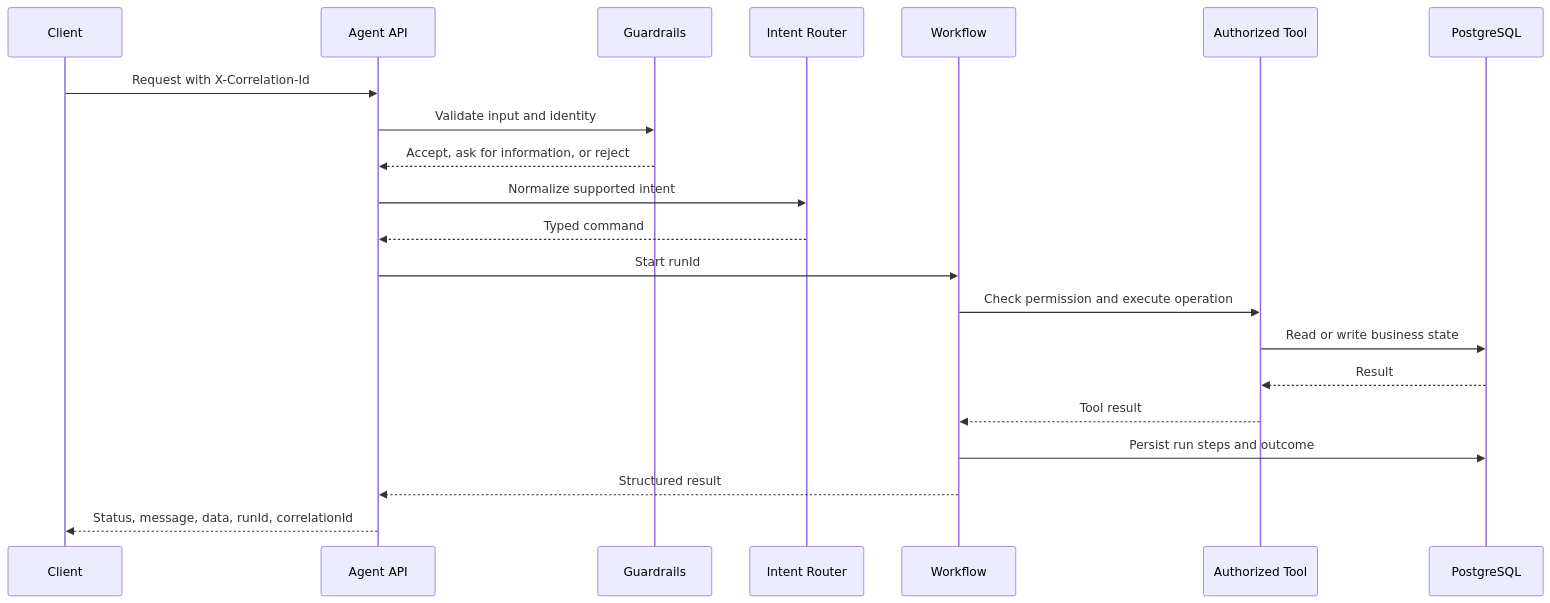
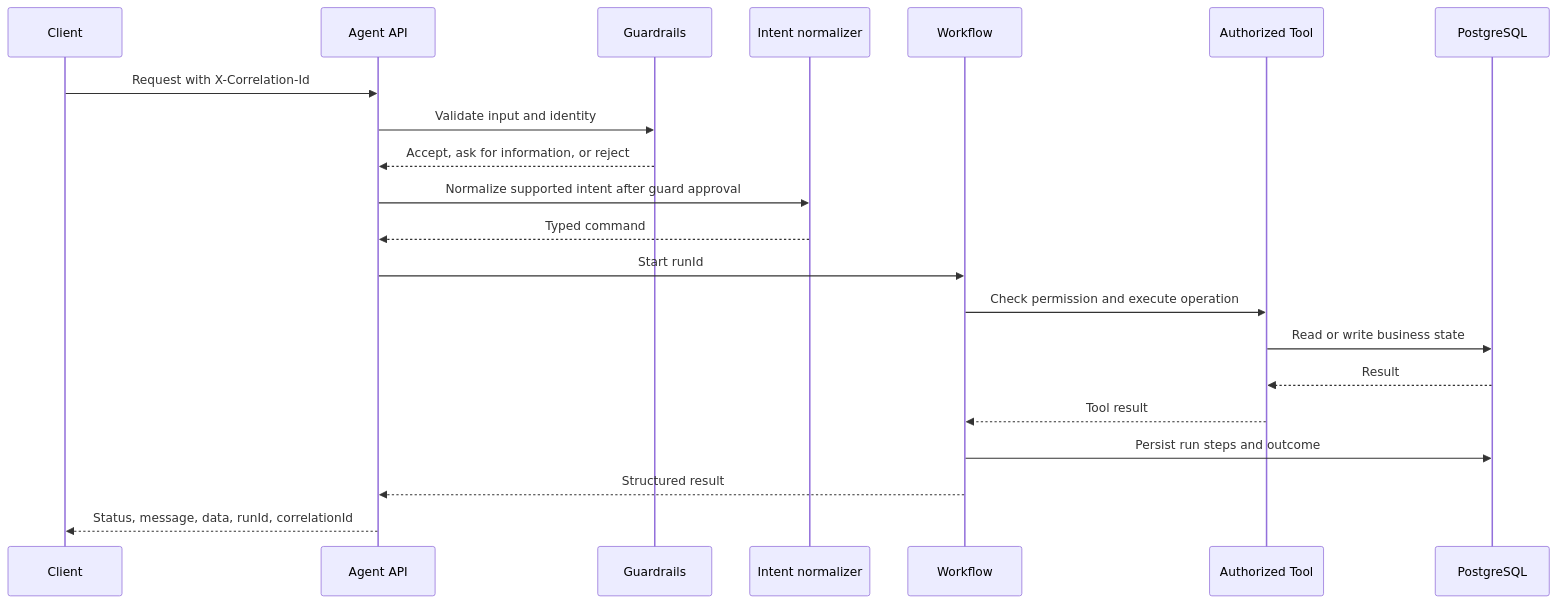
Before and after one commit to ramioooz/hcm-agentic-llmops: the second of 3 diagrams in README.md, drawn with Mermaid. The commit also changed other lines of this file and 22 other files, not shown here.

````diff
--- a/README.md
+++ b/README.md
@@ -84,25 +86,25 @@
 ```mermaid
 sequenceDiagram
 participant C as Client
 participant A as Agent API
 participant G as Guardrails
-participant R as Intent Router
+participant R as Intent normalizer
 participant W as Workflow
 participant T as Authorized Tool
 participant D as PostgreSQL
 
     C->>A: Request with X-Correlation-Id
     A->>G: Validate input and identity
     G-->>A: Accept, ask for information, or reject
-    A->>R: Normalize supported intent
+    A->>R: Normalize supported intent after guard approval
     R-->>A: Typed command
     A->>W: Start runId
     W->>T: Check permission and execute operation
     T->>D: Read or write business state
     D-->>T: Result
     T-->>W: Tool result
     W->>D: Persist run steps and outcome
     W-->>A: Structured result
     A-->>C: Status, message, data, runId, correlationId
 
 ```
````
